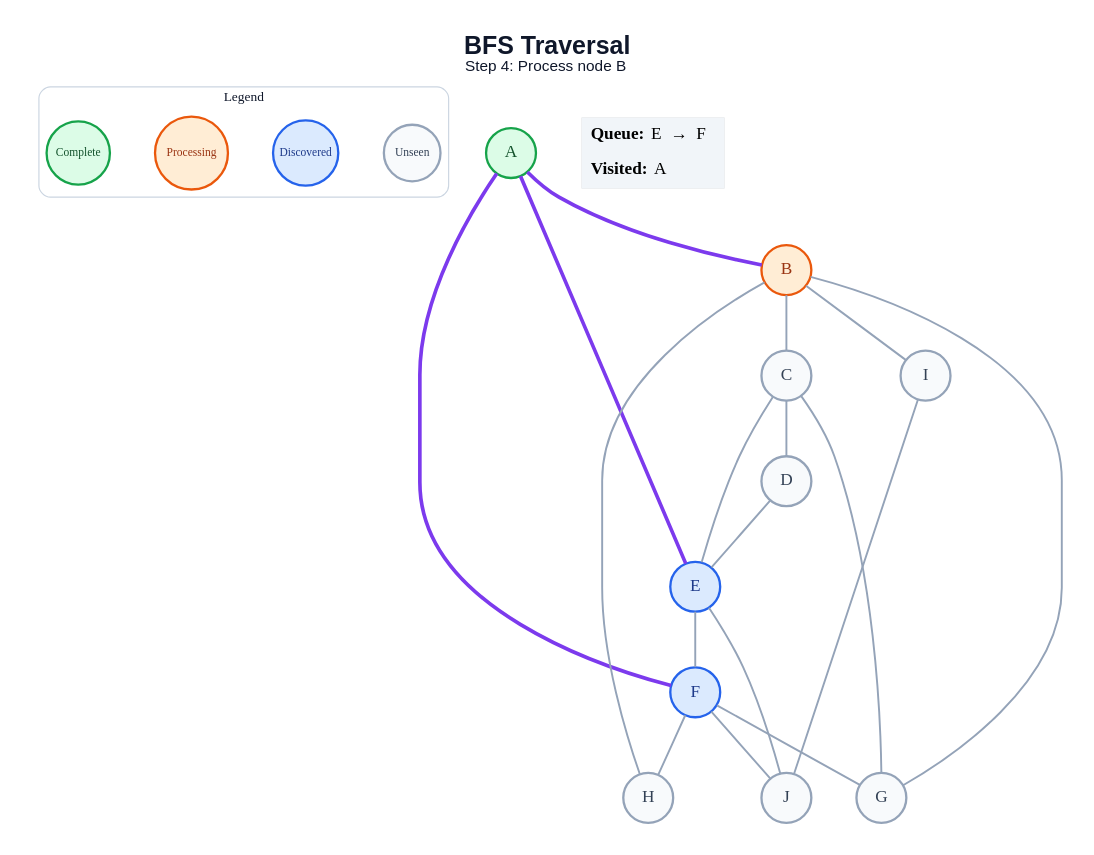
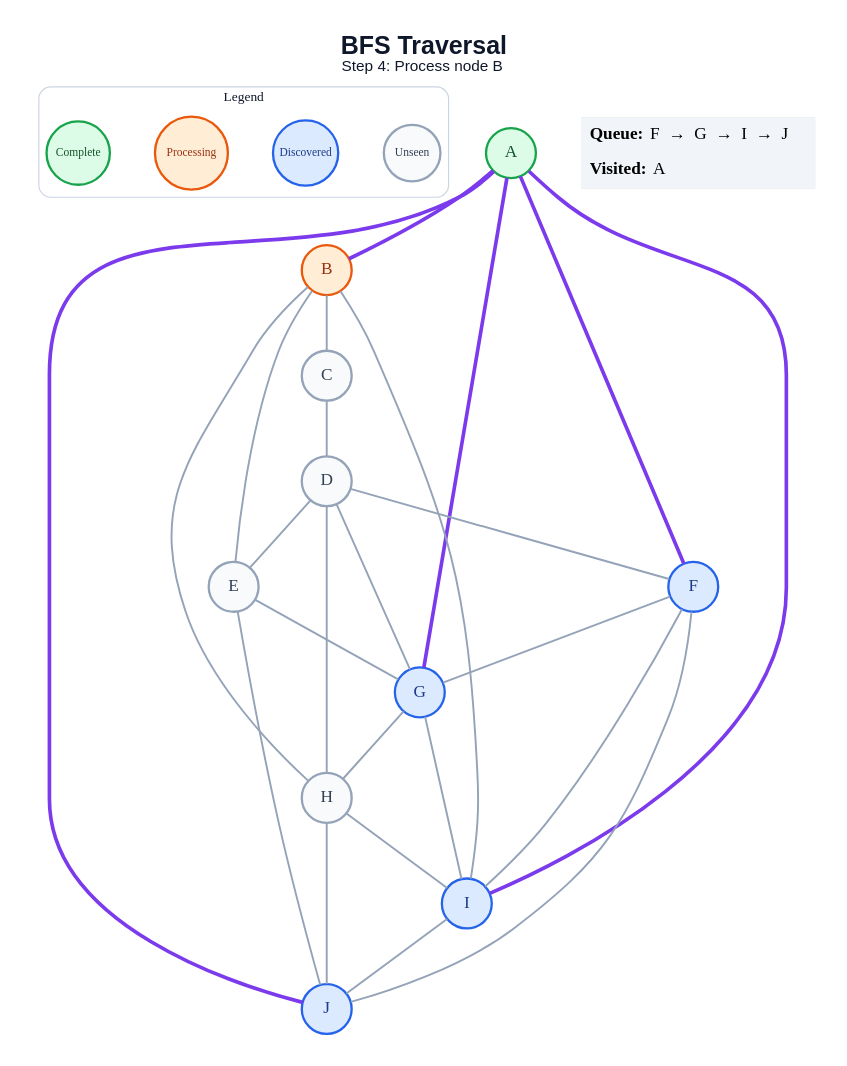
The diagram in generated/bfs/step_04.dot (amanghodawala9/ai-slop), drawn with Graphviz before and after one commit. The commit also changed 178 other files, not shown here.

```diff
--- a/generated/bfs/step_04.dot
+++ b/generated/bfs/step_04.dot
@@ -1,46 +1,53 @@
 graph traversal {
   graph [layout=dot, rankdir=TB, bgcolor="#FFFFFF", pad="0.35", nodesep="0.65", ranksep="0.8", fontname="Arial"];
   node [shape=circle, style="filled", fontname="Arial Bold", fontsize=18, width=0.72, fixedsize=true, penwidth=2.4];
   edge [color="#94A3B8", penwidth=2.0];
   label=<<B>BFS Traversal</B><BR/><FONT POINT-SIZE="16">Step 4: Process node B</FONT>>; labelloc="t"; fontsize=26; fontname="Arial"; fontcolor="#0F172A";
   subgraph cluster_legend { label="Legend"; color="#CBD5E1"; penwidth=1.2; style="rounded"; fontsize=14; fontname="Arial Bold";
     key_unseen [label="Unseen", fillcolor="#F8FAFC", color="#94A3B8", fontcolor="#334155", fontsize=12, width=0.82];
     key_frontier [label="Discovered", fillcolor="#DBEAFE", color="#2563EB", fontcolor="#1E3A8A", fontsize=12, width=0.95];
     key_current [label="Processing", fillcolor="#FFEDD5", color="#EA580C", fontcolor="#9A3412", fontsize=12, width=1.05];
     key_done [label="Complete", fillcolor="#DCFCE7", color="#16A34A", fontcolor="#14532D", fontsize=12, width=0.92];
     { rank=same; key_unseen; key_frontier; key_current; key_done; }
   }
   A [fillcolor="#DCFCE7", color="#16A34A", fontcolor="#14532D"];
   B [fillcolor="#FFEDD5", color="#EA580C", fontcolor="#9A3412"];
   C [fillcolor="#F8FAFC", color="#94A3B8", fontcolor="#334155"];
   D [fillcolor="#F8FAFC", color="#94A3B8", fontcolor="#334155"];
-  E [fillcolor="#DBEAFE", color="#2563EB", fontcolor="#1E3A8A"];
+  E [fillcolor="#F8FAFC", color="#94A3B8", fontcolor="#334155"];
   F [fillcolor="#DBEAFE", color="#2563EB", fontcolor="#1E3A8A"];
-  G [fillcolor="#F8FAFC", color="#94A3B8", fontcolor="#334155"];
+  G [fillcolor="#DBEAFE", color="#2563EB", fontcolor="#1E3A8A"];
   H [fillcolor="#F8FAFC", color="#94A3B8", fontcolor="#334155"];
-  I [fillcolor="#F8FAFC", color="#94A3B8", fontcolor="#334155"];
-  J [fillcolor="#F8FAFC", color="#94A3B8", fontcolor="#334155"];
+  I [fillcolor="#DBEAFE", color="#2563EB", fontcolor="#1E3A8A"];
+  J [fillcolor="#DBEAFE", color="#2563EB", fontcolor="#1E3A8A"];
   A -- B [color="#7C3AED", penwidth=3.8];
-  A -- E [color="#7C3AED", penwidth=3.8];
   A -- F [color="#7C3AED", penwidth=3.8];
+  A -- G [color="#7C3AED", penwidth=3.8];
+  A -- I [color="#7C3AED", penwidth=3.8];
+  A -- J [color="#7C3AED", penwidth=3.8];
   B -- C;
-  B -- G;
+  B -- E;
   B -- H;
   B -- I;
   C -- D;
-  C -- E;
-  C -- G;
   D -- E;
-  E -- F;
+  D -- F;
+  D -- G;
+  D -- H;
+  E -- G;
   E -- J;
   F -- G;
-  F -- H;
+  F -- I;
   F -- J;
+  G -- H;
+  G -- I;
+  H -- I;
+  H -- J;
   I -- J;
   status [shape=plain, fixedsize=false, width=0, height=0, margin=0, label=<
     <TABLE BORDER="0" CELLBORDER="0" CELLPADDING="7" BGCOLOR="#F1F5F9">
-      <TR><TD ALIGN="LEFT"><B>Queue:</B> E  →  F</TD></TR>
+      <TR><TD ALIGN="LEFT"><B>Queue:</B> F  →  G  →  I  →  J</TD></TR>
       <TR><TD ALIGN="LEFT"><B>Visited:</B> A</TD></TR>
     </TABLE>
   >];
 }
```
